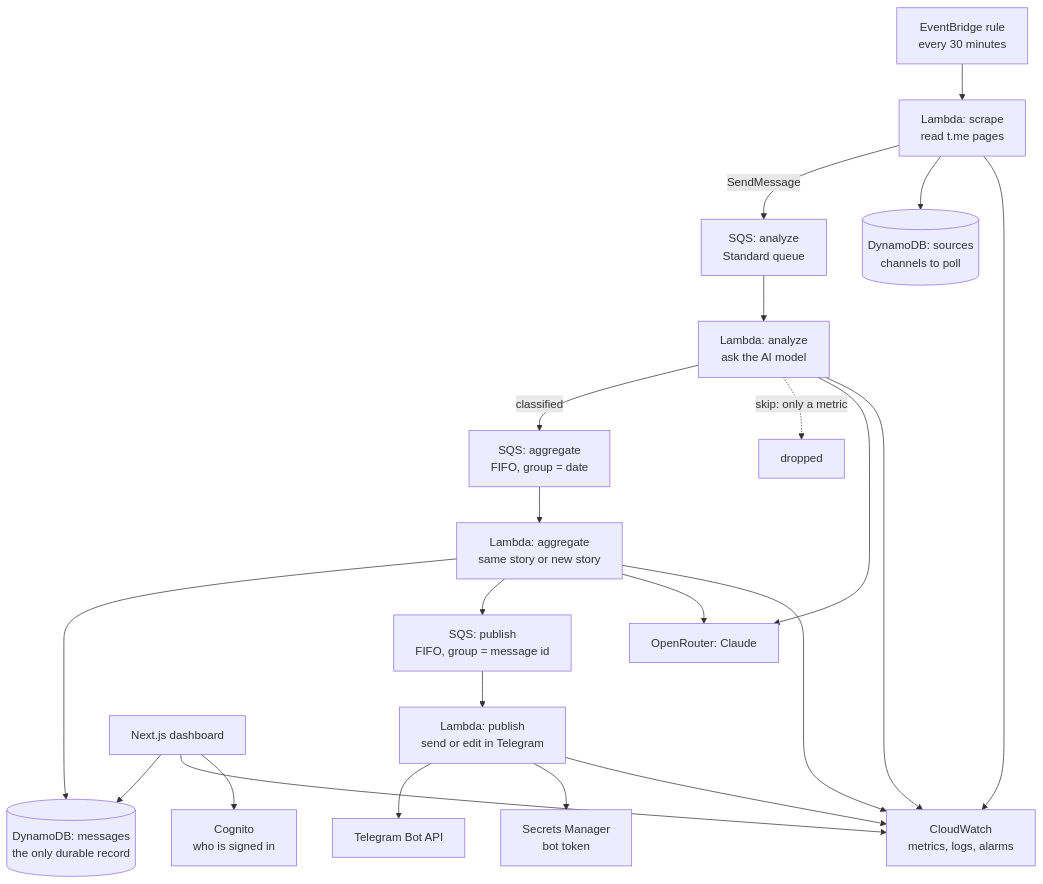
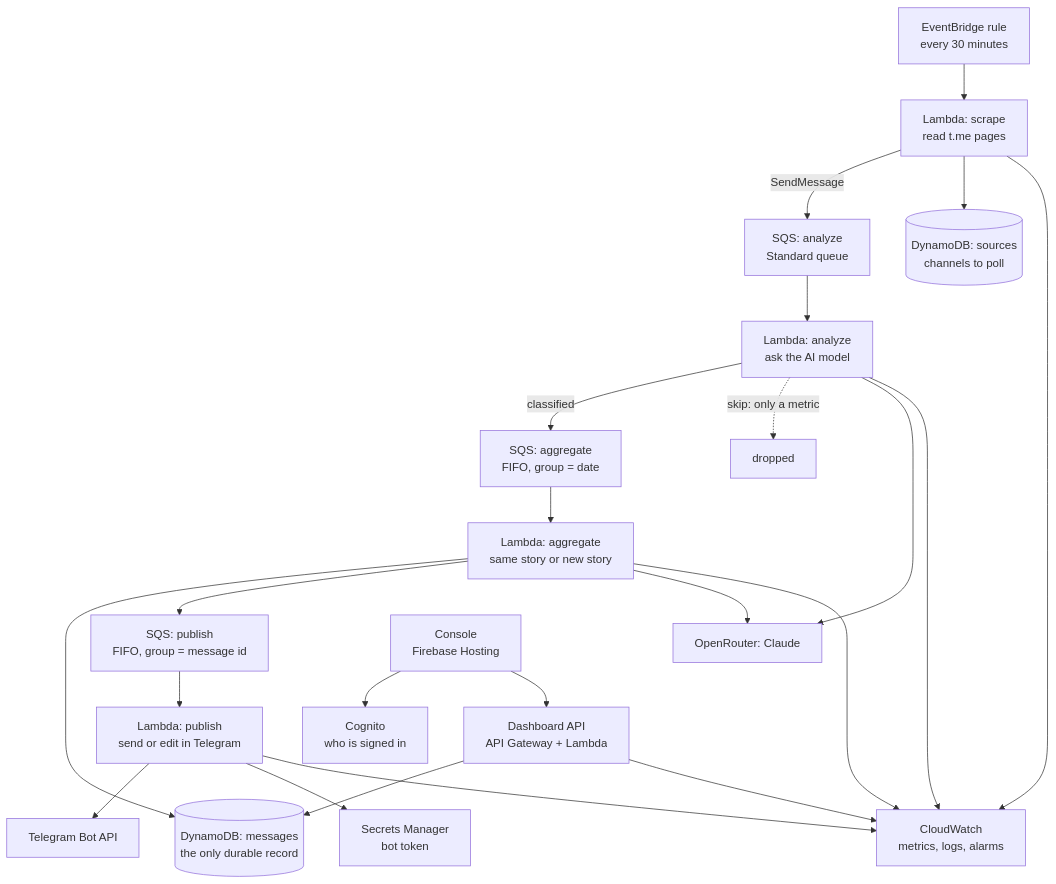
One commit to alitskevich/telegator changed the first of 11 diagrams in docs/telegator.md. Above: the diagram before and after it, drawn with Mermaid. The commit also changed other lines of this file and 331 other files, not shown here.

First line of the commit message:
feat: Arrmatura console on Firebase Hosting, dashboard API on API Gateway

````diff
--- a/docs/telegator.md
+++ b/docs/telegator.md
@@ -73,21 +73,22 @@
 ```mermaid
 flowchart TD
   Clock["EventBridge rule<br/>every 30 minutes"] --> Scrape["Lambda: scrape<br/>read t.me pages"]
   Scrape -->|"SendMessage"| Q1["SQS: analyze<br/>Standard queue"]
   Q1 --> Analyze["Lambda: analyze<br/>ask the AI model"]
   Analyze -->|"classified"| Q2["SQS: aggregate<br/>FIFO, group = date"]
   Analyze -.->|"skip: only a metric"| Drop["dropped"]
   Q2 --> Agg["Lambda: aggregate<br/>same story or new story"]
   Agg --> DDB[("DynamoDB: messages<br/>the only durable record")]
   Agg --> Q3["SQS: publish<br/>FIFO, group = message id"]
   Q3 --> Pub["Lambda: publish<br/>send or edit in Telegram"]
   Pub --> TG["Telegram Bot API"]
   Scrape --> SRC[("DynamoDB: sources<br/>channels to poll")]
   Analyze --> AI["OpenRouter: Claude"]
   Agg --> AI
   Pub --> SM["Secrets Manager<br/>bot token"]
   Scrape & Analyze & Agg & Pub --> CW["CloudWatch<br/>metrics, logs, alarms"]
-  Dash["Next.js dashboard"] --> DDB
-  Dash --> CW
-  Dash --> Cog["Cognito<br/>who is signed in"]
+  Dash["Console<br/>Firebase Hosting"] --> Cog["Cognito<br/>who is signed in"]
+  Dash --> Api["Dashboard API<br/>API Gateway + Lambda"]
+  Api --> DDB
+  Api --> CW
 ```
````
